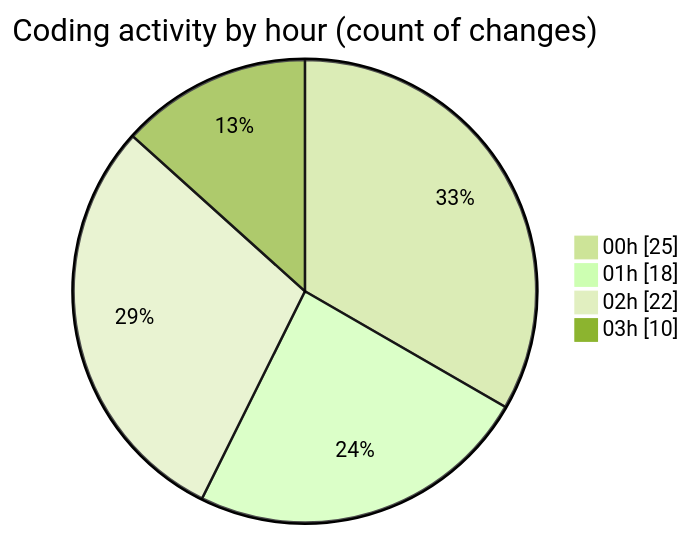
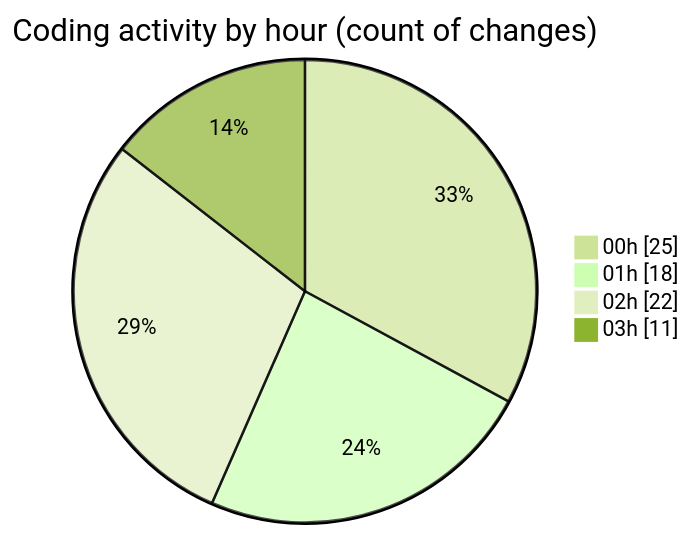
One commit to EIIisD/code-tracking changed the second of 2 diagrams in 2025-07-18/ribbon/README.md. Above: the diagram before and after it, drawn with Mermaid (forest theme). The commit also changed other lines of this file and 1 other file, not shown here.

````diff
--- a/2025-07-18/ribbon/README.md
+++ b/2025-07-18/ribbon/README.md
@@ -40,8 +40,8 @@
 ```mermaid
 pie showData
 title Coding activity by hour (count of changes)
 "00h" : 25
 "01h" : 18
 "02h" : 22
-"03h" : 10
+"03h" : 11
 ```
````
